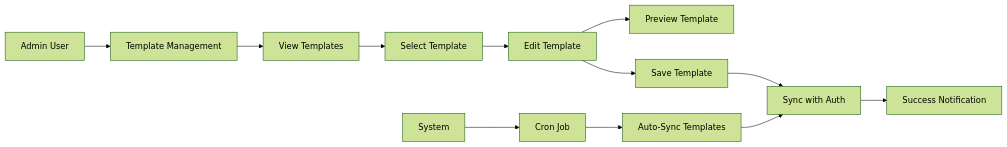
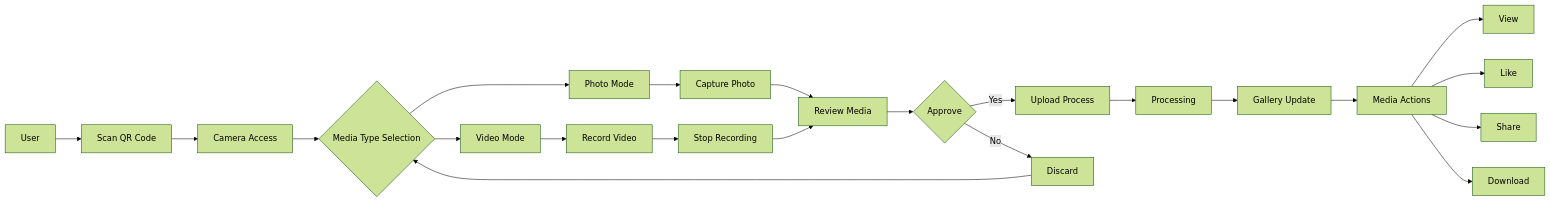
Before and after one commit to mrj0nesmtl/cloud-burst: the second of 3 diagrams in docs/user-flows/user_flow_chart.md, drawn with Mermaid (forest theme). The commit also changed other lines of this file and 37 other files, not shown here.

Commit message:
Add QR code scanning implementation, update project structure docs, and implement invitation system development plan

````diff
--- a/docs/user-flows/user_flow_chart.md
+++ b/docs/user-flows/user_flow_chart.md
@@ -79,15 +95,29 @@
 ```mermaid
 flowchart LR
-    A[Admin User] --> B[Template Management]
-    B --> C[View Templates]
-    C --> D[Select Template]
-    D --> E[Edit Template]
-    E --> F[Preview Template]
-    E --> G[Save Template]
-    G --> H[Sync with Auth]
-    H --> I[Success Notification]
+    A[User] --> B[Scan QR Code]
+    B --> C[Camera Access]
+    C --> D{Media Type Selection}
+    D --> E[Photo Mode]
+    D --> F[Video Mode]
     
-    J[System] --> K[Cron Job]
-    K --> L[Auto-Sync Templates]
-    L --> H
+    E --> G[Capture Photo]
+    F --> H[Record Video]
+    H --> I[Stop Recording]
+    
+    G --> J[Review Media]
+    I --> J
+    
+    J --> K{Approve}
+    K -->|Yes| L[Upload Process]
+    K -->|No| M[Discard]
+    M --> D
+    
+    L --> N[Processing]
+    N --> O[Gallery Update]
+    O --> P[Media Actions]
+    
+    P --> Q[View]
+    P --> R[Like]
+    P --> S[Share]
+    P --> T[Download]
 ```
````
